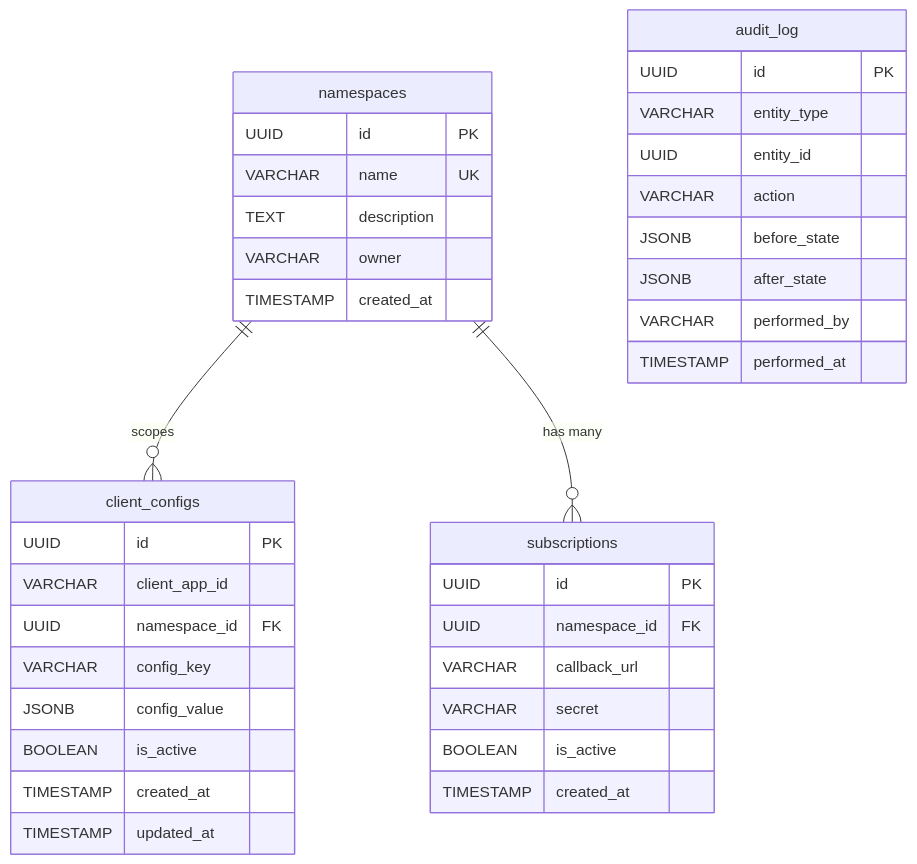
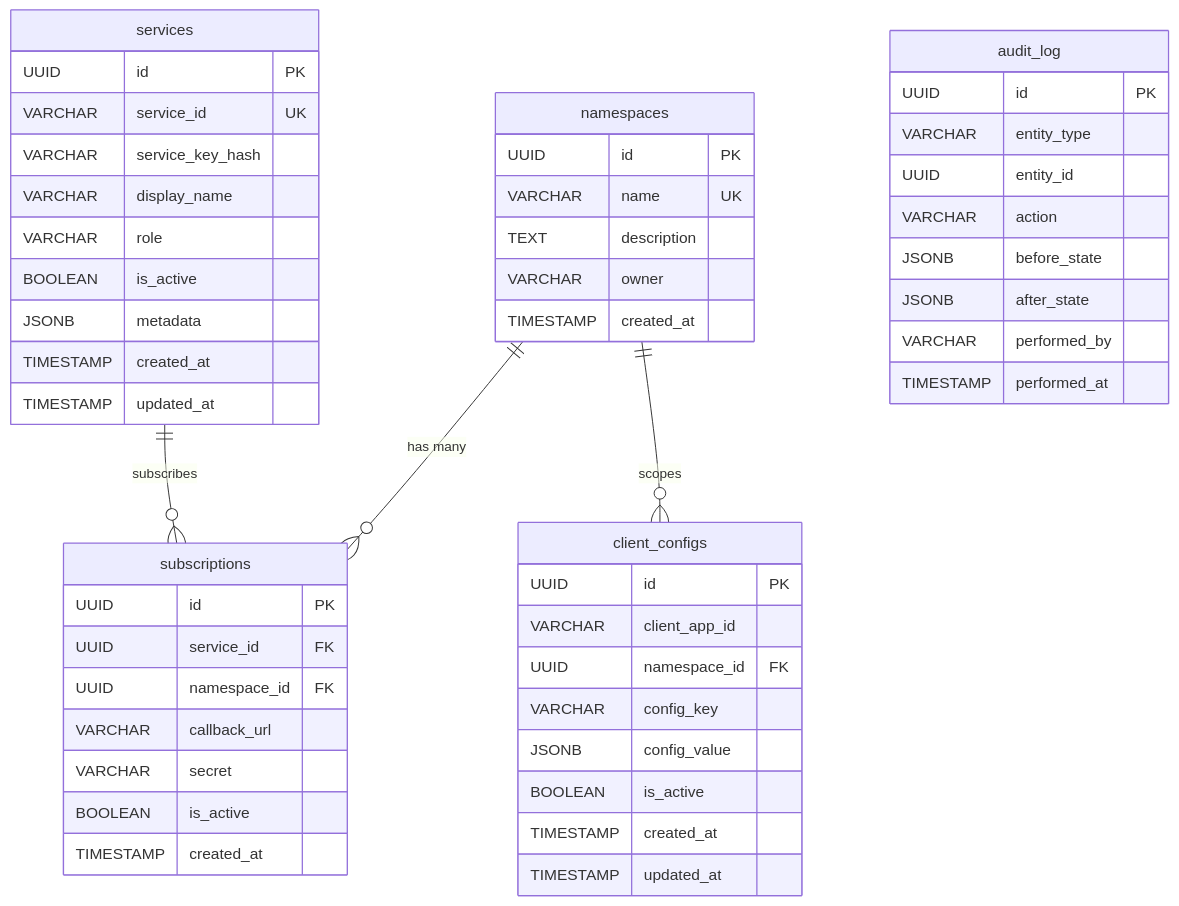
One commit to sweiyang/common-tools changed the eighth of 8 diagrams in config-center/Auth_Config_Center_Design.md. Above: the diagram before and after it, drawn with Mermaid. The commit also changed other lines of this file and 1 other file, not shown here.

````diff
--- a/config-center/Auth_Config_Center_Design.md
+++ b/config-center/Auth_Config_Center_Design.md
@@ -413,44 +480,58 @@
 ```mermaid
 erDiagram
+    services ||--o{ subscriptions : "subscribes"
     namespaces ||--o{ client_configs : "scopes"
     namespaces ||--o{ subscriptions : "has many"
+
+    services {
+        UUID id PK
+        VARCHAR service_id UK
+        VARCHAR service_key_hash
+        VARCHAR display_name
+        VARCHAR role
+        BOOLEAN is_active
+        JSONB metadata
+        TIMESTAMP created_at
+        TIMESTAMP updated_at
+    }
 
     namespaces {
         UUID id PK
         VARCHAR name UK
         TEXT description
         VARCHAR owner
         TIMESTAMP created_at
     }
 
     client_configs {
         UUID id PK
         VARCHAR client_app_id
         UUID namespace_id FK
         VARCHAR config_key
         JSONB config_value
         BOOLEAN is_active
         TIMESTAMP created_at
         TIMESTAMP updated_at
     }
 
     subscriptions {
         UUID id PK
+        UUID service_id FK
         UUID namespace_id FK
         VARCHAR callback_url
         VARCHAR secret
         BOOLEAN is_active
         TIMESTAMP created_at
     }
 
     audit_log {
         UUID id PK
         VARCHAR entity_type
         UUID entity_id
         VARCHAR action
         JSONB before_state
         JSONB after_state
         VARCHAR performed_by
         TIMESTAMP performed_at
     }
 ```
````
